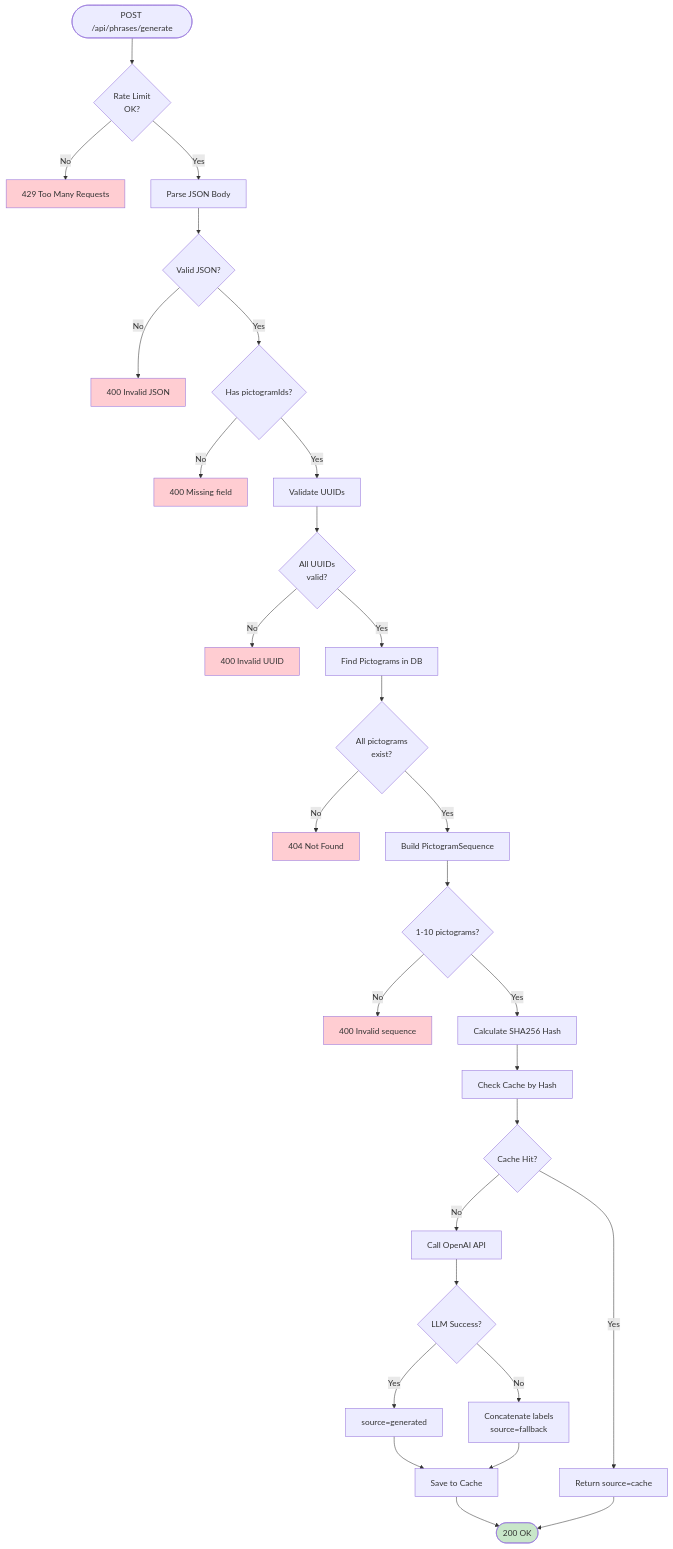
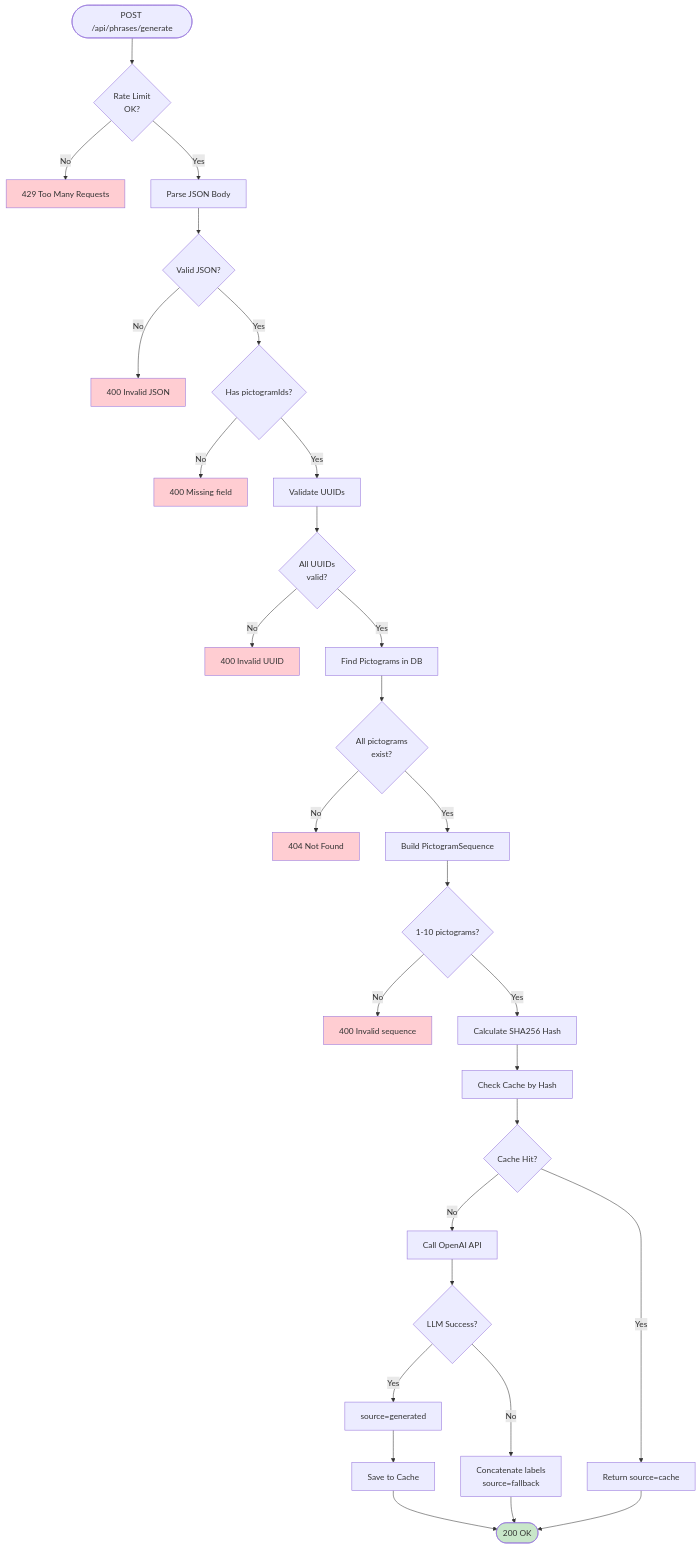
One commit to luismiglezmohino/HablaIA changed the second of 6 diagrams in docs/diagrams/api-flow.md. Above: the diagram before and after it, drawn with Mermaid. The commit also changed other lines of this file and 13 other files, not shown here.

````diff
--- a/docs/diagrams/api-flow.md
+++ b/docs/diagrams/api-flow.md
@@ -119,50 +117,50 @@
 ```mermaid
 flowchart TB
     Start([POST /api/phrases/generate]) --> RateLimit{Rate Limit<br/>OK?}
 
     RateLimit -->|No| Error429[429 Too Many Requests]
     RateLimit -->|Yes| ParseJSON[Parse JSON Body]
 
     ParseJSON --> ValidJSON{Valid JSON?}
     ValidJSON -->|No| Error400A[400 Invalid JSON]
     ValidJSON -->|Yes| HasField{Has pictogramIds?}
 
     HasField -->|No| Error400B[400 Missing field]
     HasField -->|Yes| ValidateUUIDs[Validate UUIDs]
 
     ValidateUUIDs --> UUIDValid{All UUIDs<br/>valid?}
     UUIDValid -->|No| Error400C[400 Invalid UUID]
     UUIDValid -->|Yes| FindPictograms[Find Pictograms in DB]
 
     FindPictograms --> AllExist{All pictograms<br/>exist?}
     AllExist -->|No| Error404[404 Not Found]
     AllExist -->|Yes| BuildSequence[Build PictogramSequence]
 
     BuildSequence --> ValidSequence{1-10 pictograms?}
     ValidSequence -->|No| Error400D[400 Invalid sequence]
     ValidSequence -->|Yes| CalcHash[Calculate SHA256 Hash]
 
     CalcHash --> CheckCache[Check Cache by Hash]
     CheckCache --> CacheHit{Cache Hit?}
 
     CacheHit -->|Yes| ReturnCache[Return source=cache]
     CacheHit -->|No| CallLLM[Call OpenAI API]
 
     CallLLM --> LLMSuccess{LLM Success?}
     LLMSuccess -->|Yes| Generated[source=generated]
     LLMSuccess -->|No| Fallback[Concatenate labels<br/>source=fallback]
 
     Generated --> SaveCache[Save to Cache]
-    Fallback --> SaveCache
 
     SaveCache --> Success([200 OK])
+    Fallback --> Success
     ReturnCache --> Success
 
     style Success fill:#c8e6c9
     style Error429 fill:#ffcdd2
     style Error400A fill:#ffcdd2
     style Error400B fill:#ffcdd2
     style Error400C fill:#ffcdd2
     style Error400D fill:#ffcdd2
     style Error404 fill:#ffcdd2
 ```
````
